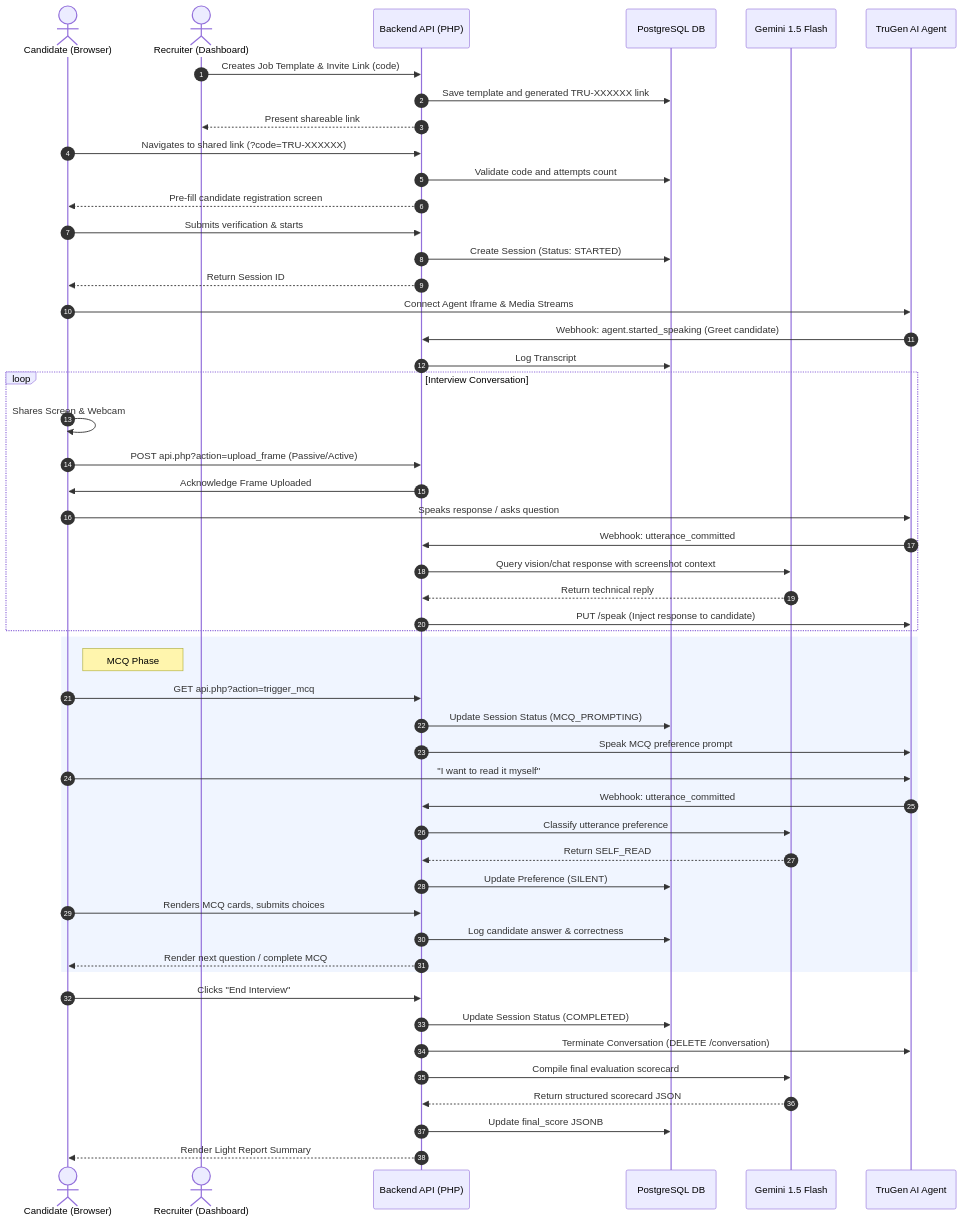
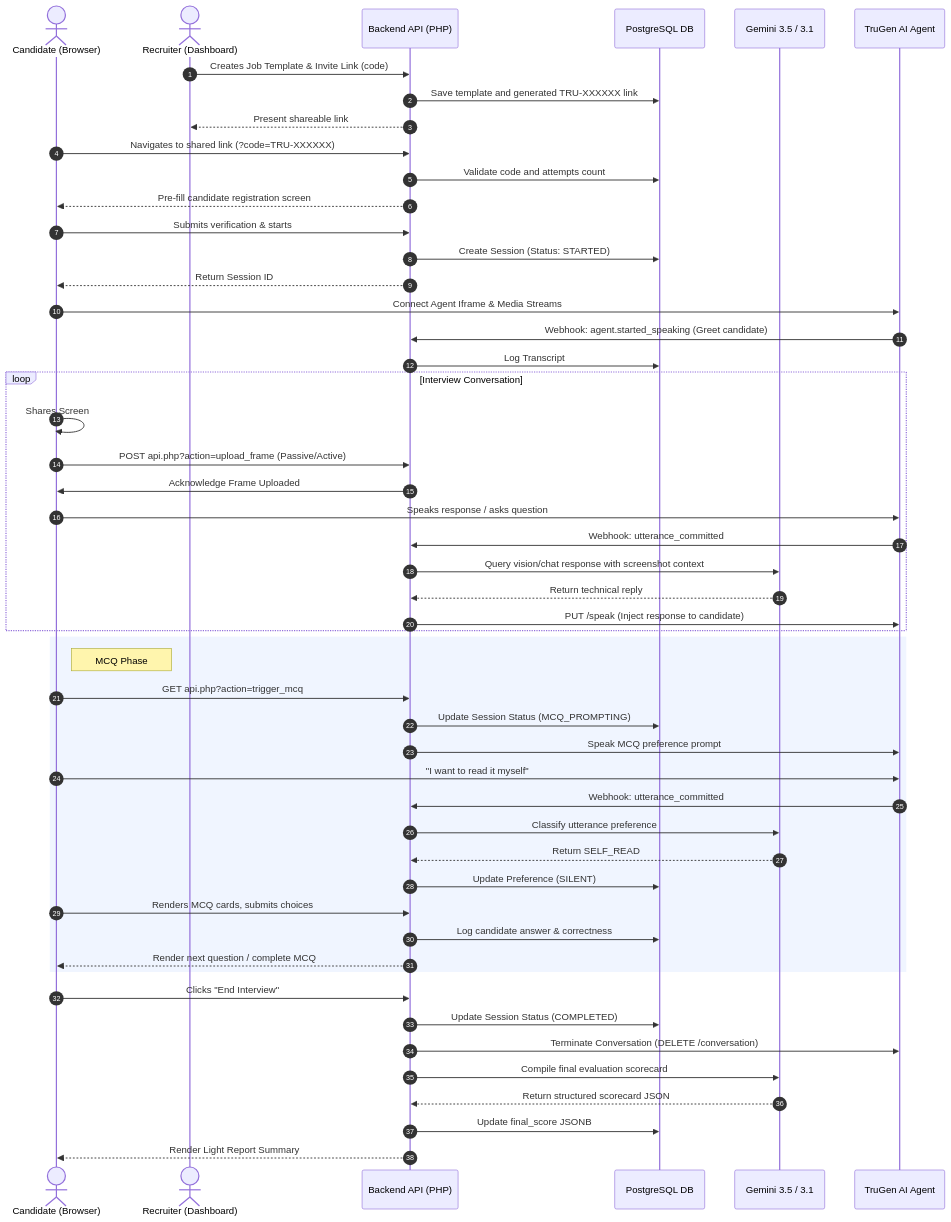
The diagram in README.md (nippunrana/truinterview), drawn with Mermaid before and after one commit. The commit also changed other lines of this file, not shown here.

Commit message:
docs: update README with Gemini 3.5/3.1 support, conduct monitoring, and updated database schema requirements

````diff
--- a/README.md
+++ b/README.md
@@ -38,59 +39,59 @@
 ```mermaid
 sequenceDiagram
     autonumber
     actor Candidate as Candidate (Browser)
     actor Recruiter as Recruiter (Dashboard)
     participant Server as Backend API (PHP)
     participant DB as PostgreSQL DB
-    participant Gemini as Gemini 1.5 Flash
+    participant Gemini as Gemini 3.5 / 3.1
     participant TruGen as TruGen AI Agent
 
     Recruiter->>Server: Creates Job Template & Invite Link (code)
     Server->>DB: Save template and generated TRU-XXXXXX link
     Server-->>Recruiter: Present shareable link
     
     Candidate->>Server: Navigates to shared link (?code=TRU-XXXXXX)
     Server->>DB: Validate code and attempts count
     Server-->>Candidate: Pre-fill candidate registration screen
     
     Candidate->>Server: Submits verification & starts
     Server->>DB: Create Session (Status: STARTED)
     Server-->>Candidate: Return Session ID
     Candidate->>TruGen: Connect Agent Iframe & Media Streams
     TruGen->>Server: Webhook: agent.started_speaking (Greet candidate)
     Server->>DB: Log Transcript
     
     loop Interview Conversation
-        Candidate->>Candidate: Shares Screen & Webcam
+        Candidate->>Candidate: Shares Screen
         Candidate->>Server: POST api.php?action=upload_frame (Passive/Active)
         Server->>Candidate: Acknowledge Frame Uploaded
         Candidate->>TruGen: Speaks response / asks question
         TruGen->>Server: Webhook: utterance_committed
         Server->>Gemini: Query vision/chat response with screenshot context
         Gemini-->>Server: Return technical reply
         Server->>TruGen: PUT /speak (Inject response to candidate)
     end
 
     rect rgb(240, 245, 255)
         note right of Candidate: MCQ Phase
         Candidate->>Server: GET api.php?action=trigger_mcq
         Server->>DB: Update Session Status (MCQ_PROMPTING)
         Server->>TruGen: Speak MCQ preference prompt
         Candidate->>TruGen: "I want to read it myself"
         TruGen->>Server: Webhook: utterance_committed
         Server->>Gemini: Classify utterance preference
         Gemini-->>Server: Return SELF_READ
         Server->>DB: Update Preference (SILENT)
         Candidate->>Server: Renders MCQ cards, submits choices
         Server->>DB: Log candidate answer & correctness
         Server-->>Candidate: Render next question / complete MCQ
     end
 
     Candidate->>Server: Clicks "End Interview"
     Server->>DB: Update Session Status (COMPLETED)
     Server->>TruGen: Terminate Conversation (DELETE /conversation)
     Server->>Gemini: Compile final evaluation scorecard
     Gemini-->>Server: Return structured scorecard JSON
     Server->>DB: Update final_score JSONB
     Server-->>Candidate: Render Light Report Summary
 ```
````
